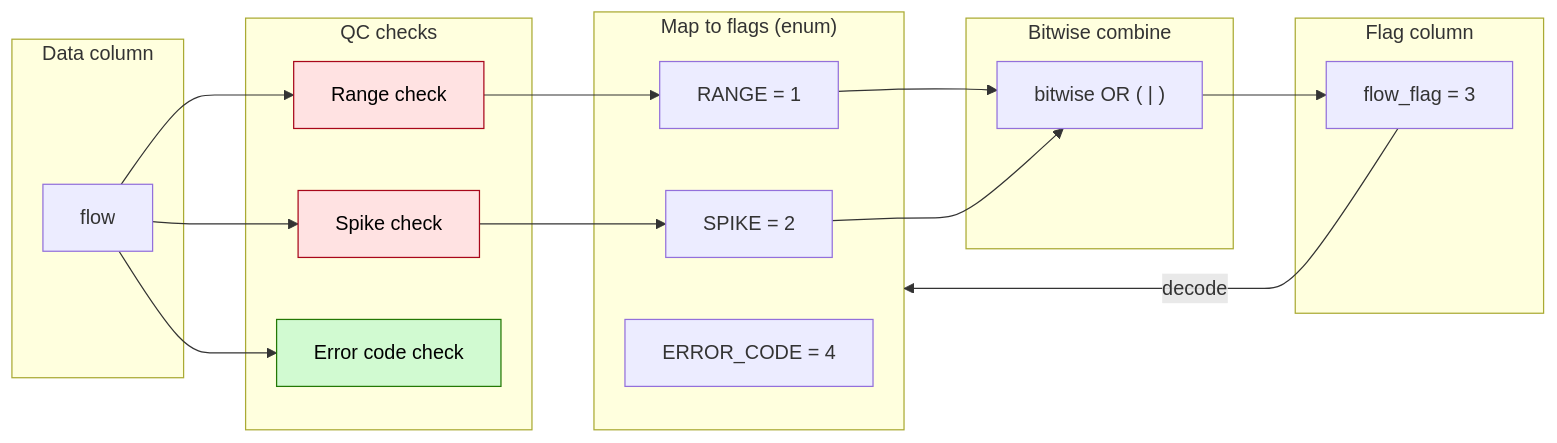
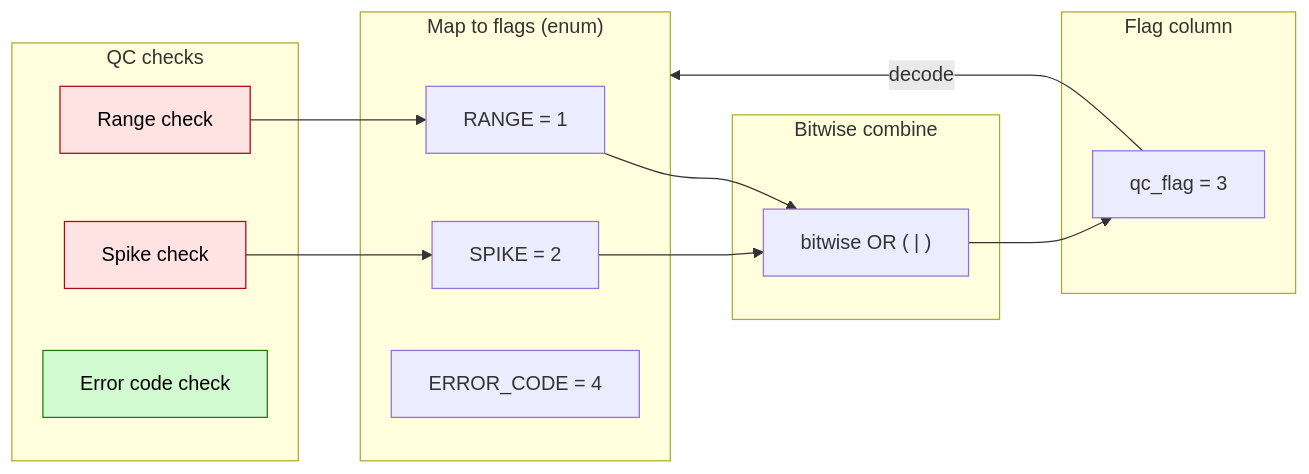
Before and after one commit to NERC-CEH/time-stream: the third of 3 diagrams in docs/source/getting_started/concepts.rst, drawn with Mermaid. The commit also changed other lines of this file and 43 other files, not shown here.

```diff
--- a/docs/source/getting_started/concepts.rst
+++ b/docs/source/getting_started/concepts.rst
@@ -194,46 +200,37 @@
 .. mermaid::
 
    flowchart LR
-     %% Inputs
-     subgraph Data["Data column"]
-       D["flow"]
-     end
-
      subgraph Checks["QC checks"]
-       C1["Range check<br/>"]
-       C2["Spike check<br/>"]
-       C3["Error code check<br/>"]
+       C1["Range check"]
+       C2["Spike check"]
+       C3["Error code check"]
      end
 
      subgraph MapBits["Map to flags (enum)"]
        M1["RANGE = 1"]
        M2["SPIKE = 2"]
        M3["ERROR_CODE = 4"]
      end
 
      subgraph Combine["Bitwise combine"]
        OR["bitwise OR ( | )"]
      end
 
      subgraph Flags["Flag column"]
-       F["flow_flag = 3"]
+       F["qc_flag = 3"]
      end
 
-     %% Edges
-     D --> C1 --> M1 --> OR
-     D --> C2 --> M2 --> OR
-     D --> C3
+     C1 --> M1 --> OR
+     C2 --> M2 --> OR
+     C3
 
      OR --> F
 
-     %% Decode path (optional)
      F -- decode --> MapBits
 
-     %% Style definitions
      classDef pass fill:#d1fad1,stroke:#237804,color:#000,stroke-width:1px;
      classDef fail fill:#ffe2e2,stroke:#a8071a,color:#000,stroke-width:1px;
 
-     %% Assign colors
      class C1 fail
      class C2 fail
      class C3 pass
```
